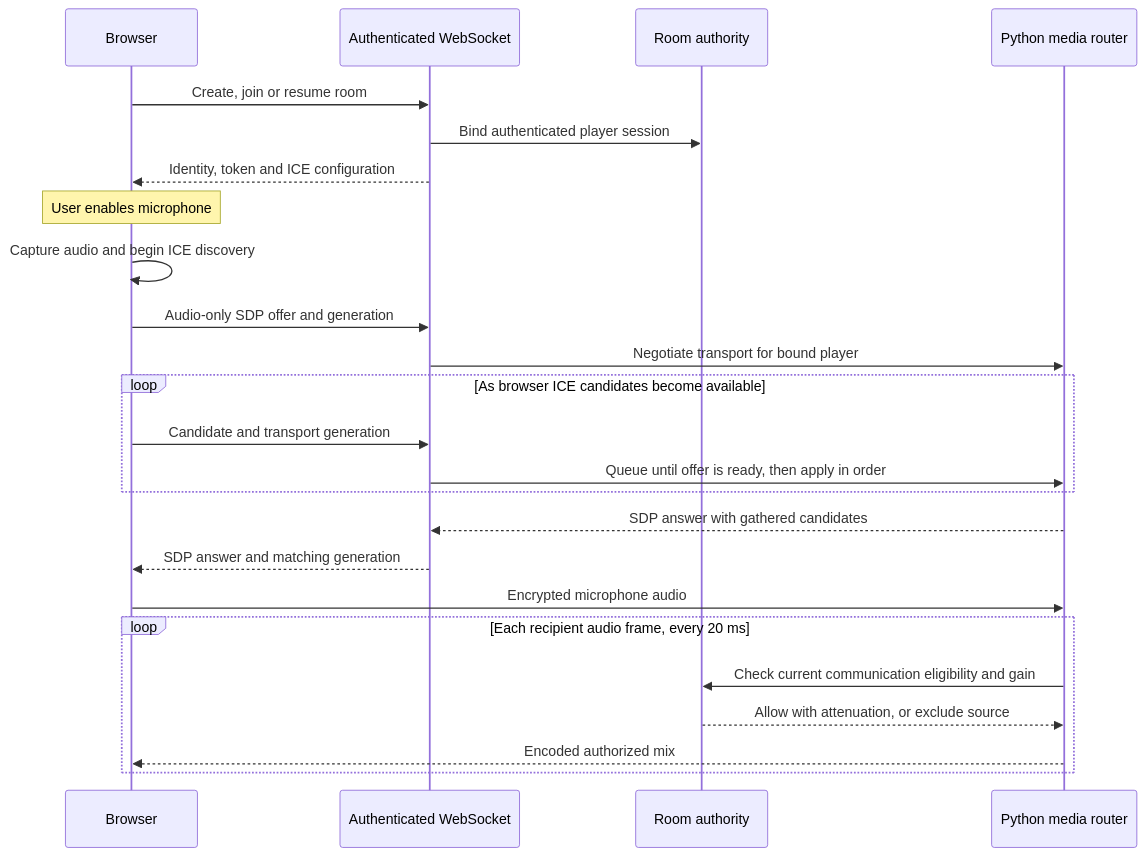
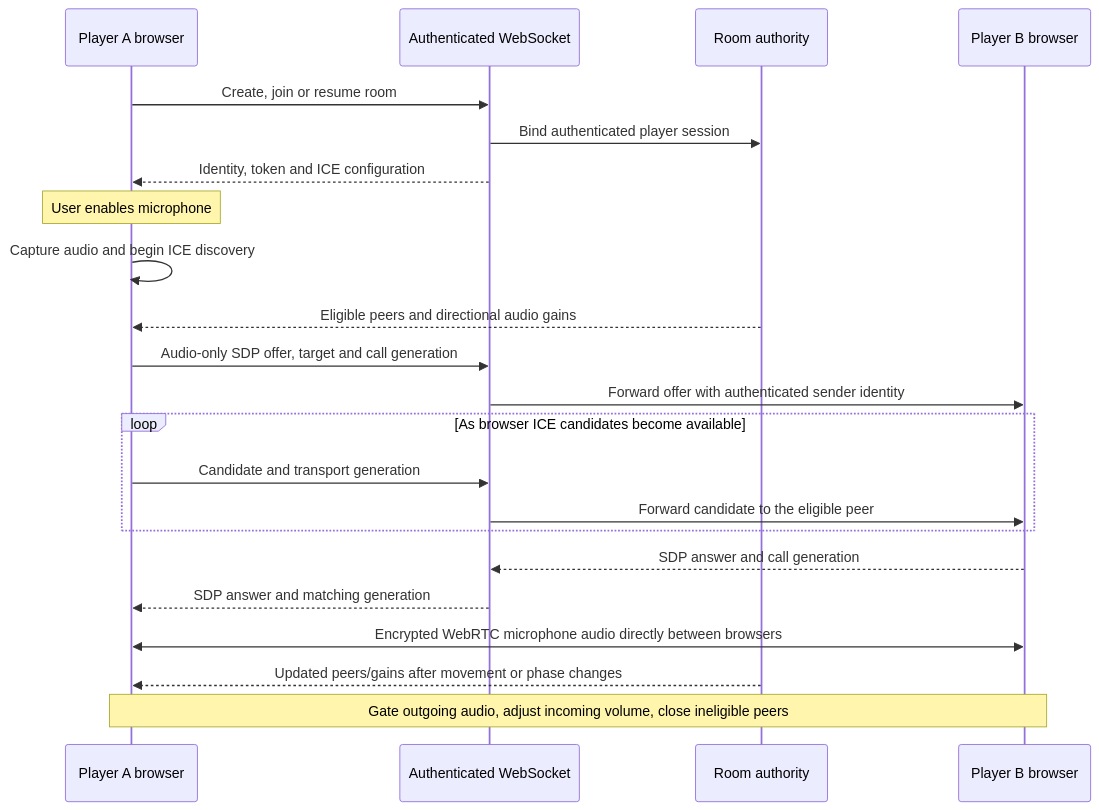
One commit to aritraCodez/Whosus changed the third of 3 diagrams in README.md. Above: the diagram before and after it, drawn with Mermaid. The commit also changed other lines of this file and 21 other files, not shown here.

````diff
--- a/README.md
+++ b/README.md
@@ -220,26 +218,24 @@
 ```mermaid
 sequenceDiagram
-    participant B as Browser
+    participant B as Player A browser
     participant W as Authenticated WebSocket
     participant R as Room authority
-    participant M as Python media router
+    participant P as Player B browser
     B->>W: Create, join or resume room
     W->>R: Bind authenticated player session
     W-->>B: Identity, token and ICE configuration
     Note over B: User enables microphone
     B->>B: Capture audio and begin ICE discovery
-    B->>W: Audio-only SDP offer and generation
-    W->>M: Negotiate transport for bound player
+    R-->>B: Eligible peers and directional audio gains
+    B->>W: Audio-only SDP offer, target and call generation
+    W->>P: Forward offer with authenticated sender identity
     loop As browser ICE candidates become available
         B->>W: Candidate and transport generation
-        W->>M: Queue until offer is ready, then apply in order
+        W->>P: Forward candidate to the eligible peer
     end
-    M-->>W: SDP answer with gathered candidates
+    P-->>W: SDP answer and call generation
     W-->>B: SDP answer and matching generation
-    B->>M: Encrypted microphone audio
-    loop Each recipient audio frame, every 20 ms
-        M->>R: Check current communication eligibility and gain
-        R-->>M: Allow with attenuation, or exclude source
-        M-->>B: Encoded authorized mix
-    end
+    B<<->>P: Encrypted WebRTC microphone audio directly between browsers
+    R-->>B: Updated peers/gains after movement or phase changes
+    Note over B,P: Gate outgoing audio, adjust incoming volume, close ineligible peers
 ```
````
